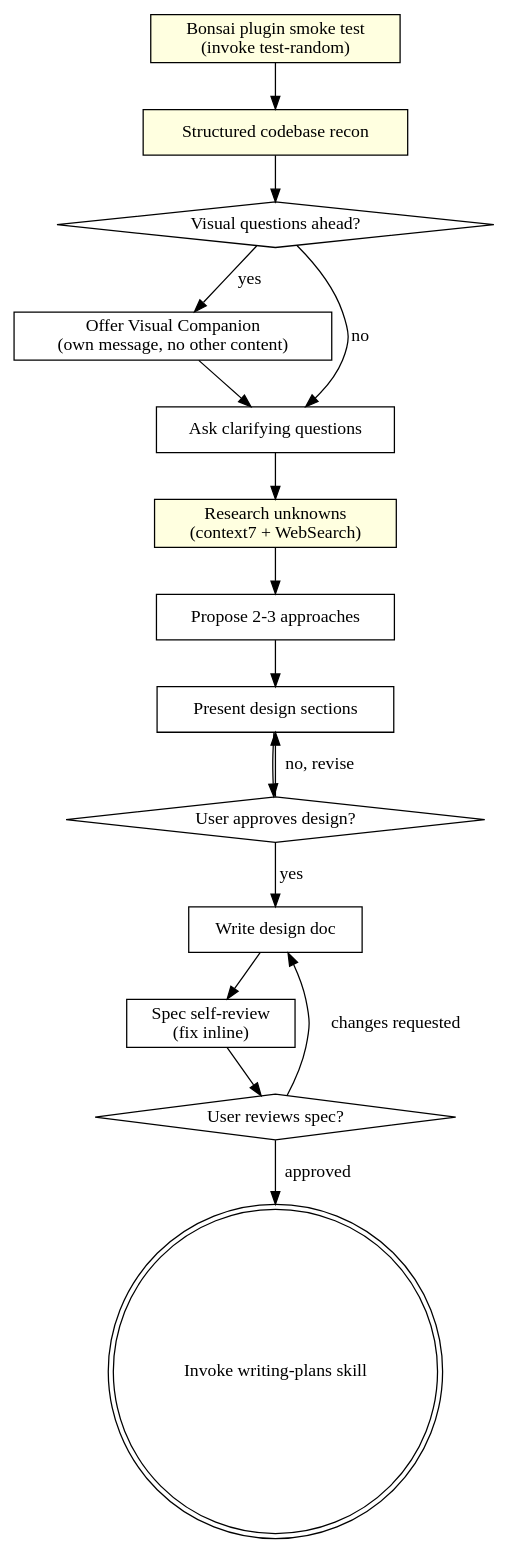
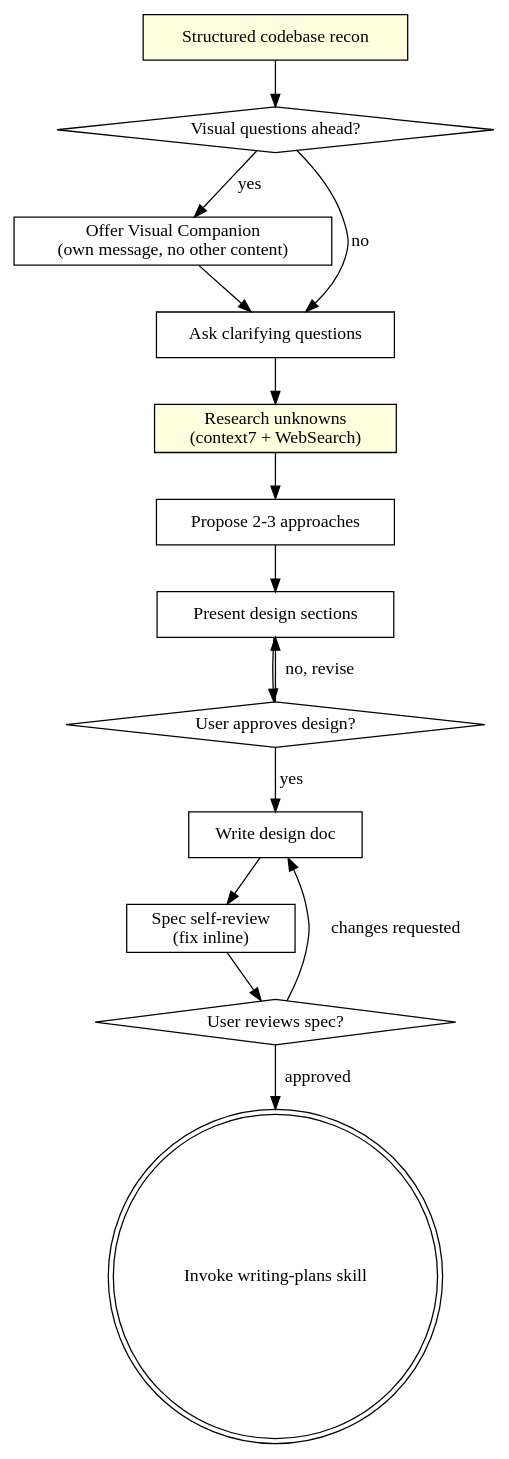
One commit to BonsaiSoftware/bonsaipowers changed the diagram in skills/brainstorming/SKILL.md. Above: the diagram before and after it, drawn with Graphviz. The commit also changed other lines of this file and 8 other files, not shown here.

````diff
--- a/skills/brainstorming/SKILL.md
+++ b/skills/brainstorming/SKILL.md
@@ -44,33 +43,31 @@
 ```dot
 digraph brainstorming {
-    "Bonsai plugin smoke test\n(invoke test-random)" [shape=box style=filled fillcolor=lightyellow];
     "Structured codebase recon" [shape=box style=filled fillcolor=lightyellow];
     "Visual questions ahead?" [shape=diamond];
     "Offer Visual Companion\n(own message, no other content)" [shape=box];
     "Ask clarifying questions" [shape=box];
     "Research unknowns\n(context7 + WebSearch)" [shape=box style=filled fillcolor=lightyellow];
     "Propose 2-3 approaches" [shape=box];
     "Present design sections" [shape=box];
     "User approves design?" [shape=diamond];
     "Write design doc" [shape=box];
     "Spec self-review\n(fix inline)" [shape=box];
     "User reviews spec?" [shape=diamond];
     "Invoke writing-plans skill" [shape=doublecircle];
 
-    "Bonsai plugin smoke test\n(invoke test-random)" -> "Structured codebase recon";
     "Structured codebase recon" -> "Visual questions ahead?";
     "Visual questions ahead?" -> "Offer Visual Companion\n(own message, no other content)" [label="yes"];
     "Visual questions ahead?" -> "Ask clarifying questions" [label="no"];
     "Offer Visual Companion\n(own message, no other content)" -> "Ask clarifying questions";
     "Ask clarifying questions" -> "Research unknowns\n(context7 + WebSearch)";
     "Research unknowns\n(context7 + WebSearch)" -> "Propose 2-3 approaches";
     "Propose 2-3 approaches" -> "Present design sections";
     "Present design sections" -> "User approves design?";
     "User approves design?" -> "Present design sections" [label="no, revise"];
     "User approves design?" -> "Write design doc" [label="yes"];
     "Write design doc" -> "Spec self-review\n(fix inline)";
     "Spec self-review\n(fix inline)" -> "User reviews spec?";
     "User reviews spec?" -> "Write design doc" [label="changes requested"];
     "User reviews spec?" -> "Invoke writing-plans skill" [label="approved"];
 }
 ```
````
